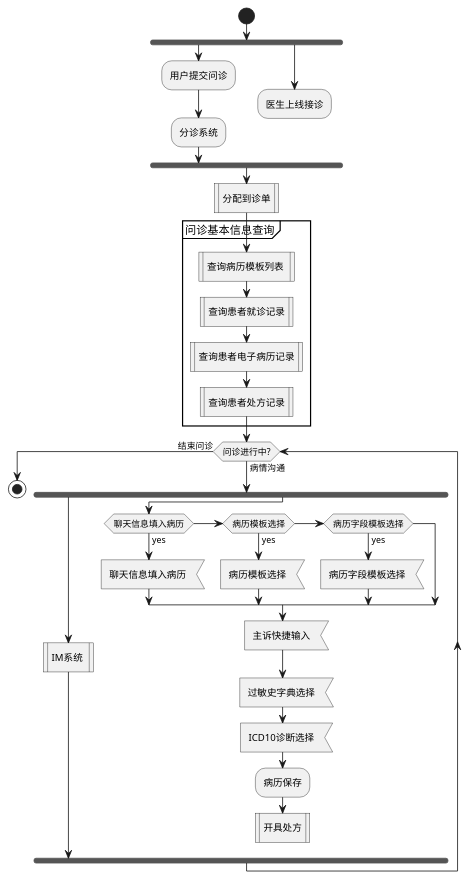
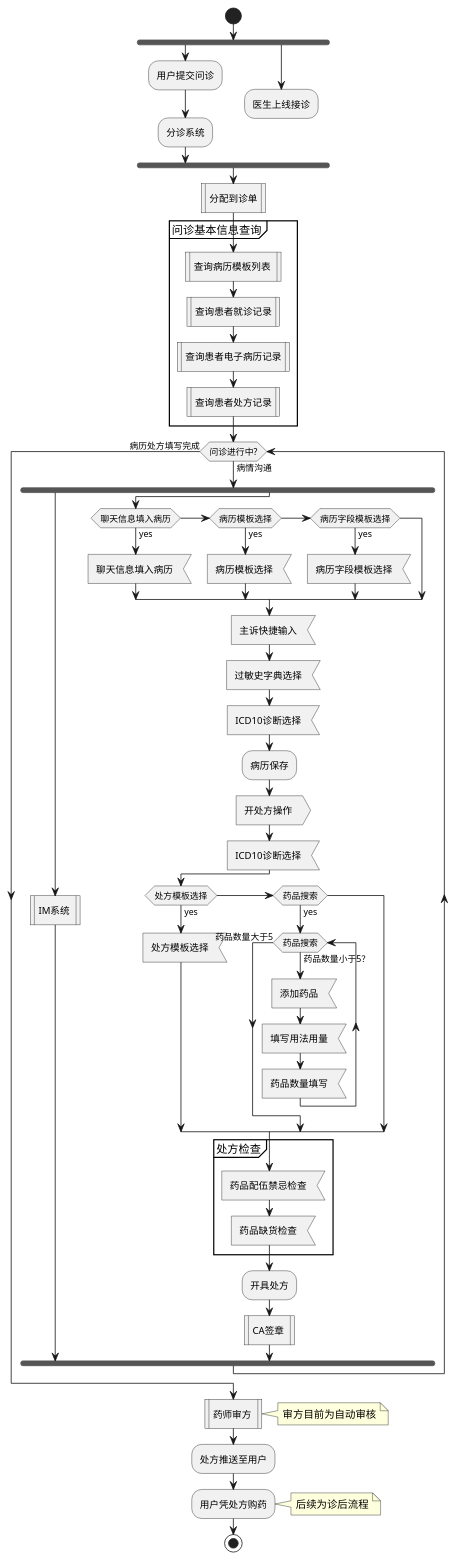
The diagram in chaos/src/main/java/com/chaos/graph/电子病历.puml (wxxzy/mdesk), drawn with PlantUML before and after one commit.

Commit message:
add PlantUML

```diff
--- a/chaos/src/main/java/com/chaos/graph/电子病历.puml
+++ b/chaos/src/main/java/com/chaos/graph/电子病历.puml
@@ -1,44 +1,67 @@
 @startuml
 start
 
 fork
 :用户提交问诊;
 :分诊系统;
 fork again
 :医生上线接诊;
 detach
 end fork
 :分配到诊单|
 partition 问诊基本信息查询 {
     :查询病历模板列表 |
     :查询患者就诊记录|
     :查询患者电子病历记录|
     :查询患者处方记录|
 }
 while (问诊进行中?) is (病情沟通)
 fork
 :IM系统 |
 fork again
 if (聊天信息填入病历) then (yes)
 :聊天信息填入病历 <
 elseif (病历模板选择) then (yes)
 :病历模板选择 <
 elseif (病历字段模板选择) then (yes)
 :病历字段模板选择 <
 endif
 :主诉快捷输入 <
 :过敏史字典选择 <
 :ICD10诊断选择 <
 
 :病历保存;
 
-:开具处方|
+:开处方操作 >
+:ICD10诊断选择 <
+if (处方模板选择) then (yes)
+:处方模板选择 <
+elseif (药品搜索) then (yes)
+while (药品搜索) is (药品数量小于5？)
+:添加药品 <
+:填写用法用量 <
+:药品数量填写 <
+endwhile (药品数量大于5)
+endif
+partition 处方检查 {
+:药品配伍禁忌检查 <
+:药品缺货检查 <
+}
+:开具处方;
+:CA签章 |
 
-detach
 end fork
+endwhile (病历处方填写完成)
 
-endwhile (结束问诊)
+:药师审方 |
+note right
+审方目前为自动审核
+end note
 
+:处方推送至用户;
+:用户凭处方购药;
+note right
+后续为诊后流程
+end note
 stop
-
 @enduml
```
